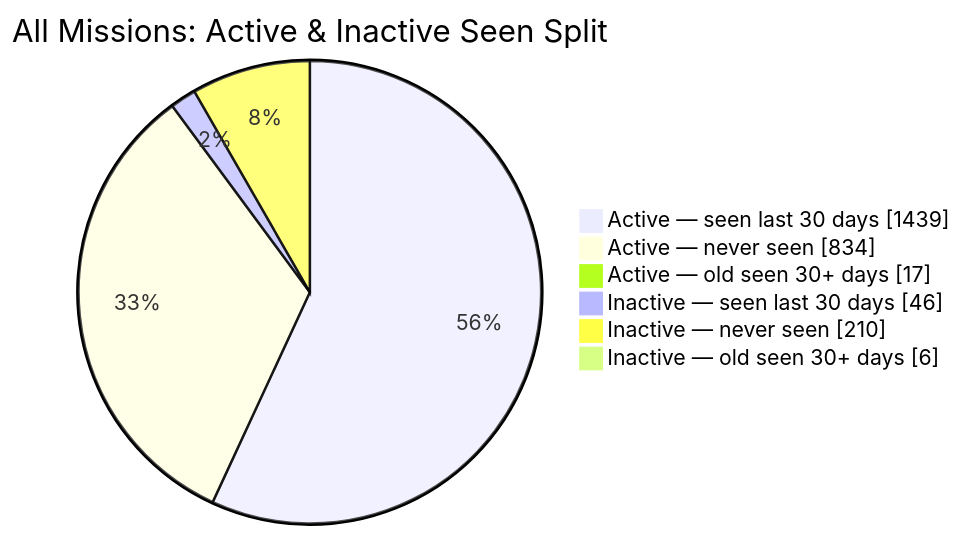
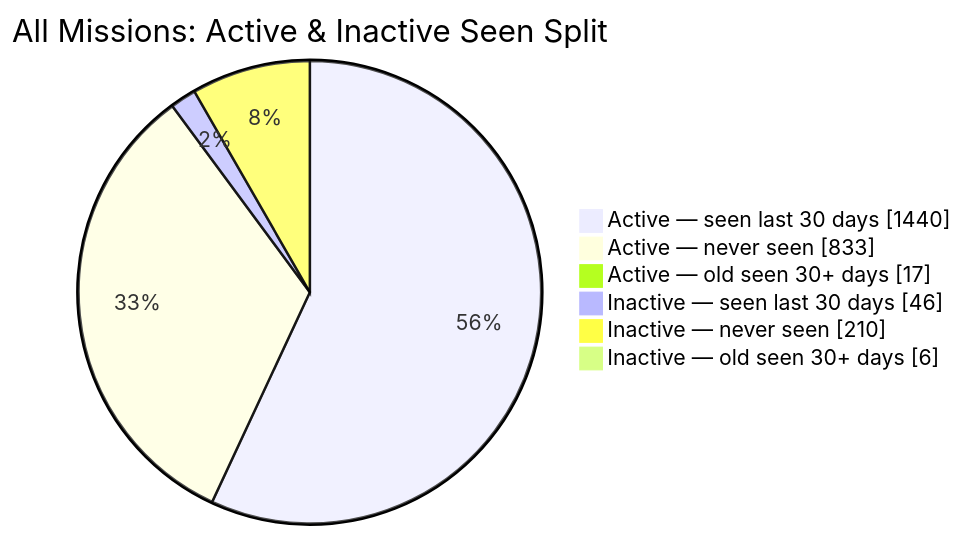
Before and after one commit to MeldkamerspelGameTeam/active-missions: the second of 2 diagrams in README.md, drawn with Mermaid. The commit also changed other lines of this file and 3 other files, not shown here.

````diff
--- a/README.md
+++ b/README.md
@@ -44,10 +44,10 @@
 ```mermaid
 pie showData
     title All Missions: Active & Inactive Seen Split
-    "Active — seen last 30 days" : 1439
-    "Active — never seen" : 834
+    "Active — seen last 30 days" : 1440
+    "Active — never seen" : 833
     "Active — old seen 30+ days" : 17
     "Inactive — seen last 30 days" : 46
     "Inactive — never seen" : 210
     "Inactive — old seen 30+ days" : 6
 ```
````
